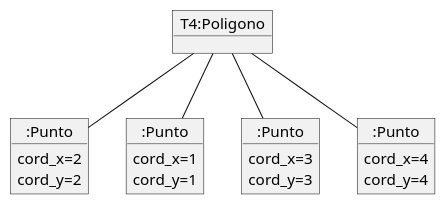
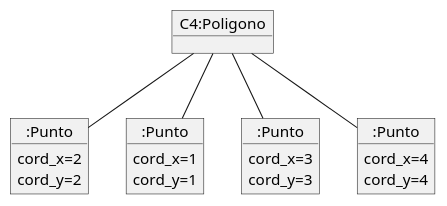
One commit to ValCicco/IS-022023 changed the diagram in docs/diagrams/c3.plantuml. Above: the diagram before and after it, drawn with PlantUML. The commit also changed 9 other files, not shown here.

```diff
--- a/docs/diagrams/c3.plantuml
+++ b/docs/diagrams/c3.plantuml
@@ -1,21 +1,21 @@
 @startuml C3
-object "T4:Poligono" as o1
+object "C4:Poligono" as o1
 object ":Punto" as o3
 o3 : cord_x=2
 o3 : cord_y=2
 object ":Punto" as o4
 object ":Punto" as o5
 object ":Punto" as o6
 o4 : cord_x=1
 o4 : cord_y=1
 o5 : cord_x=3
 o5 : cord_y=3
 o6 : cord_x=4
 o6 : cord_y=4
 o1 -- o3
 o1 -- o6
 o1 -- o4
 o1 -- o5
 
 
 @enduml
```
